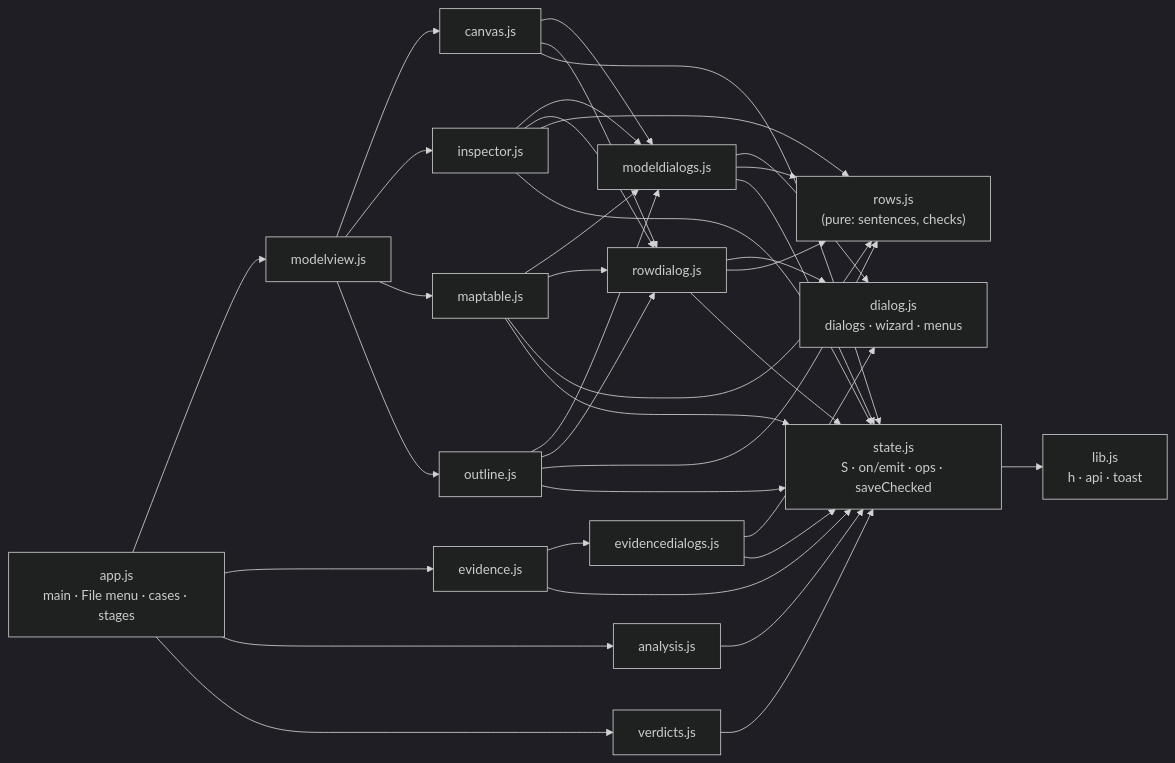
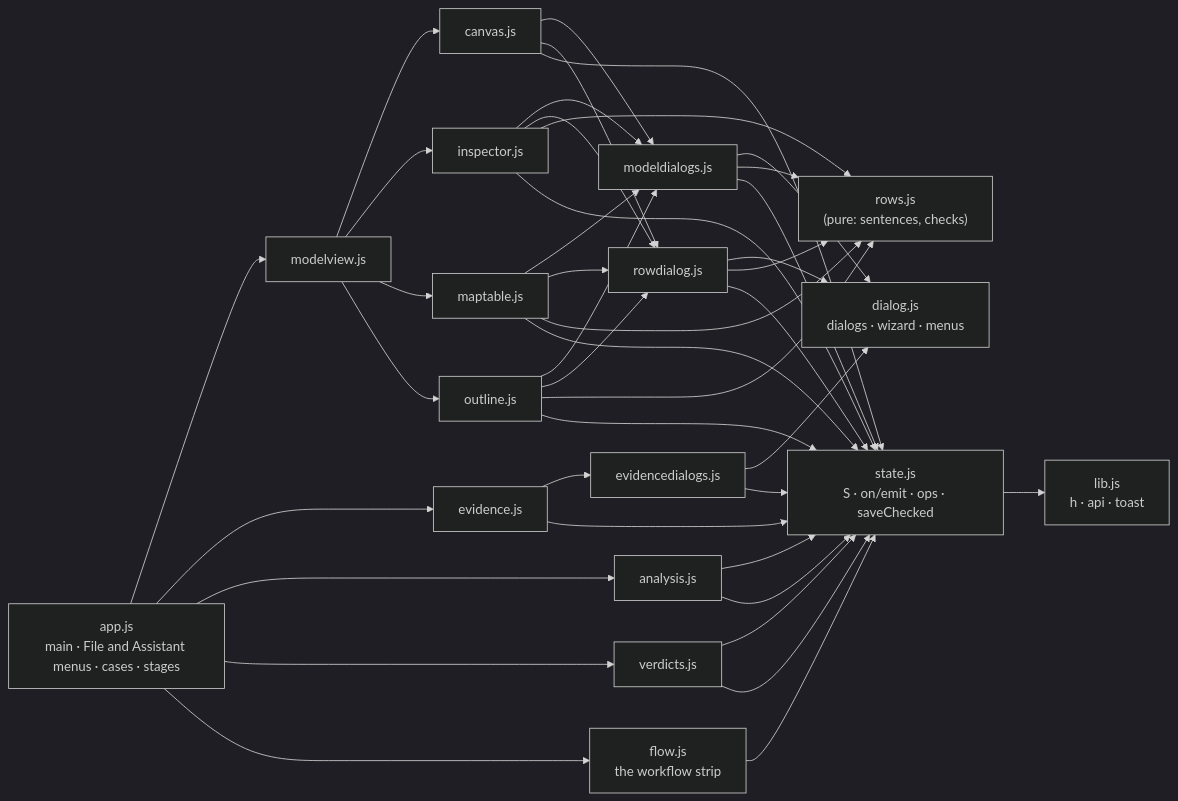
The fifth of 11 diagrams in docs/developer-guide.md (nmarci7/Bimodal-EPA), drawn with Mermaid (dark theme) before and after one commit. The commit also changed other lines of this file and 48 other files, not shown here.

````diff
--- a/docs/developer-guide.md
+++ b/docs/developer-guide.md
@@ -177,11 +177,13 @@
 ```mermaid
 flowchart LR
-  APP["app.js<br/>main · File menu · cases · stages"] --> MV["modelview.js"] & EVV["evidence.js"] & AN["analysis.js"] & VE["verdicts.js"]
+  APP["app.js<br/>main · File and Assistant menus · cases · stages"] --> MV["modelview.js"] & EVV["evidence.js"] & AN["analysis.js"] & VE["verdicts.js"]
+  APP --> FL["flow.js<br/>the workflow strip"]
+  FL & AN & VE --> ST
   MV --> CV["canvas.js"] & INS["inspector.js"] & MT["maptable.js"] & OL["outline.js"]
   CV & INS & MT & OL --> MD["modeldialogs.js"] & RD["rowdialog.js"]
   EVV --> ED["evidencedialogs.js"]
   MD & RD & ED --> DLG["dialog.js<br/>dialogs · wizard · menus"]
   RD & MT & INS & OL & MD --> ROWS["rows.js<br/>(pure: sentences, checks)"]
   CV & INS & MT & OL & MD & RD & ED & EVV & AN & VE --> ST["state.js<br/>S · on/emit · ops · saveChecked"]
   ST --> LIB["lib.js<br/>h · api · toast"]
 ```
````
